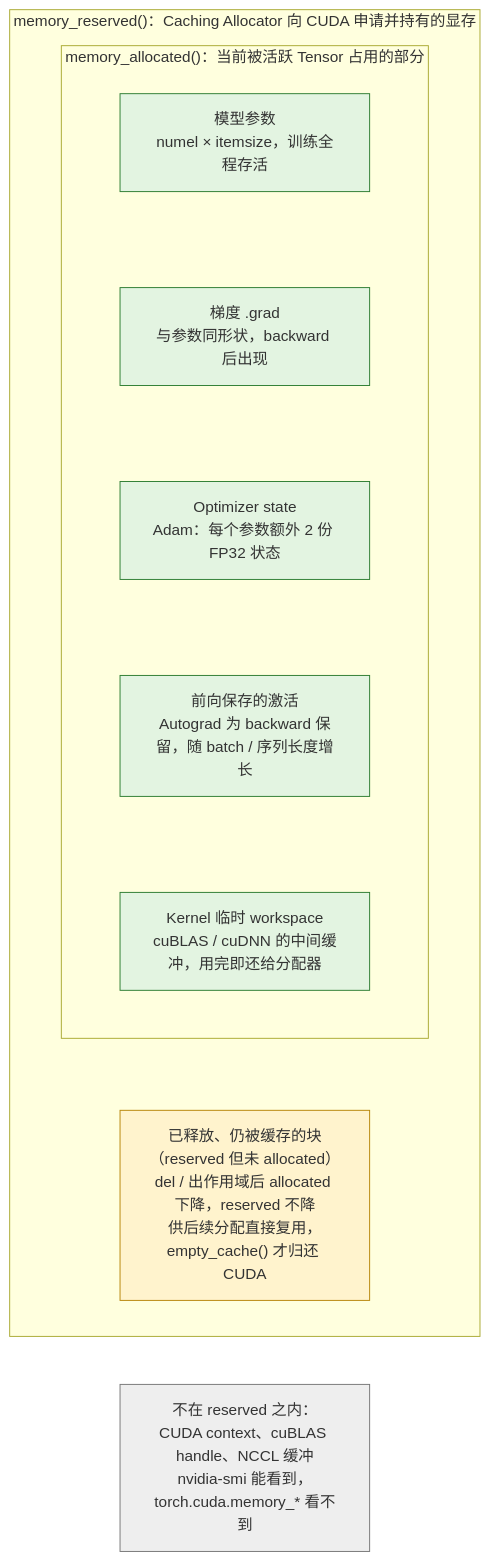
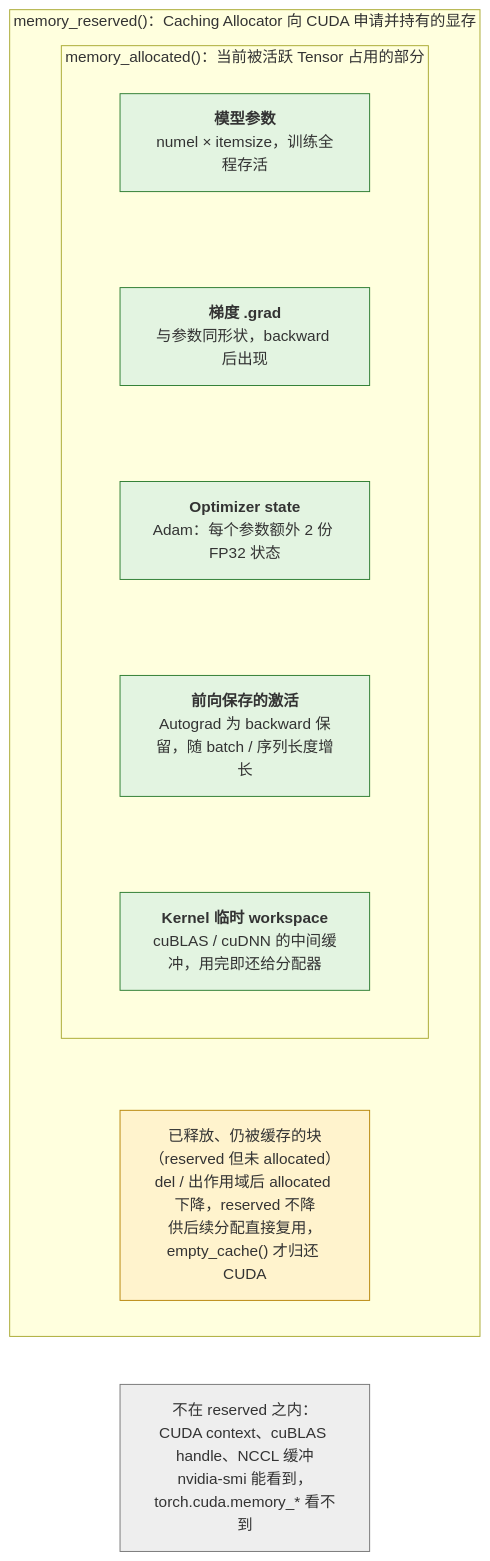
One commit to arganzheng/arganzheng.github.com changed the third of 4 diagrams in _posts/2026-02-18-pytorch-tensor-and-memory-layout.md. Above: the diagram before and after it, drawn with Mermaid. The commit also changed other lines of this file and 10 other files, not shown here.

First line of the commit message:
PyTorch 深度实践：从 Tensor 到深度学习运行时：Mermaid 多行方框的首行标为标题（11 篇）

````diff
--- a/_posts/2026-02-18-pytorch-tensor-and-memory-layout.md
+++ b/_posts/2026-02-18-pytorch-tensor-and-memory-layout.md
@@ -1108,28 +1108,28 @@
 ```mermaid
 %% 图：GPU 显存的分层：memory_allocated() 是活跃 Tensor 占用的部分，memory_reserved() 还包括分配器缓存的块
 flowchart TB
     subgraph RESERVED["memory_reserved()：Caching Allocator 向 CUDA 申请并持有的显存"]
         direction TB
         subgraph ALLOCATED["memory_allocated()：当前被活跃 Tensor 占用的部分"]
             direction TB
-            PARAM["模型参数<br/>numel × itemsize，训练全程存活"]
-            GRAD["梯度 .grad<br/>与参数同形状，backward 后出现"]
-            OPT["Optimizer state<br/>Adam：每个参数额外 2 份 FP32 状态"]
-            ACT["前向保存的激活<br/>Autograd 为 backward 保留，随 batch / 序列长度增长"]
-            WS["Kernel 临时 workspace<br/>cuBLAS / cuDNN 的中间缓冲，用完即还给分配器"]
+            PARAM["<b>模型参数</b><br/>numel × itemsize，训练全程存活"]
+            GRAD["<b>梯度 .grad</b><br/>与参数同形状，backward 后出现"]
+            OPT["<b>Optimizer state</b><br/>Adam：每个参数额外 2 份 FP32 状态"]
+            ACT["<b>前向保存的激活</b><br/>Autograd 为 backward 保留，随 batch / 序列长度增长"]
+            WS["<b>Kernel 临时 workspace</b><br/>cuBLAS / cuDNN 的中间缓冲，用完即还给分配器"]
         end
         CACHE["已释放、仍被缓存的块（reserved 但未 allocated）<br/>del / 出作用域后 allocated 下降，reserved 不降<br/>供后续分配直接复用，empty_cache() 才归还 CUDA"]
     end
     OUTSIDE["不在 reserved 之内：CUDA context、cuBLAS handle、NCCL 缓冲<br/>nvidia-smi 能看到，torch.cuda.memory_* 看不到"]
 
     PARAM ~~~ GRAD ~~~ OPT ~~~ ACT ~~~ WS
     ALLOCATED ~~~ CACHE
     RESERVED ~~~ OUTSIDE
 
     classDef live fill:#e3f4e1,stroke:#2e7d32;
     classDef cache fill:#fff3cd,stroke:#b8860b;
     classDef ext fill:#eeeeee,stroke:#777777;
     class PARAM,GRAD,OPT,ACT,WS live;
     class CACHE cache;
     class OUTSIDE ext;
 ```
````
